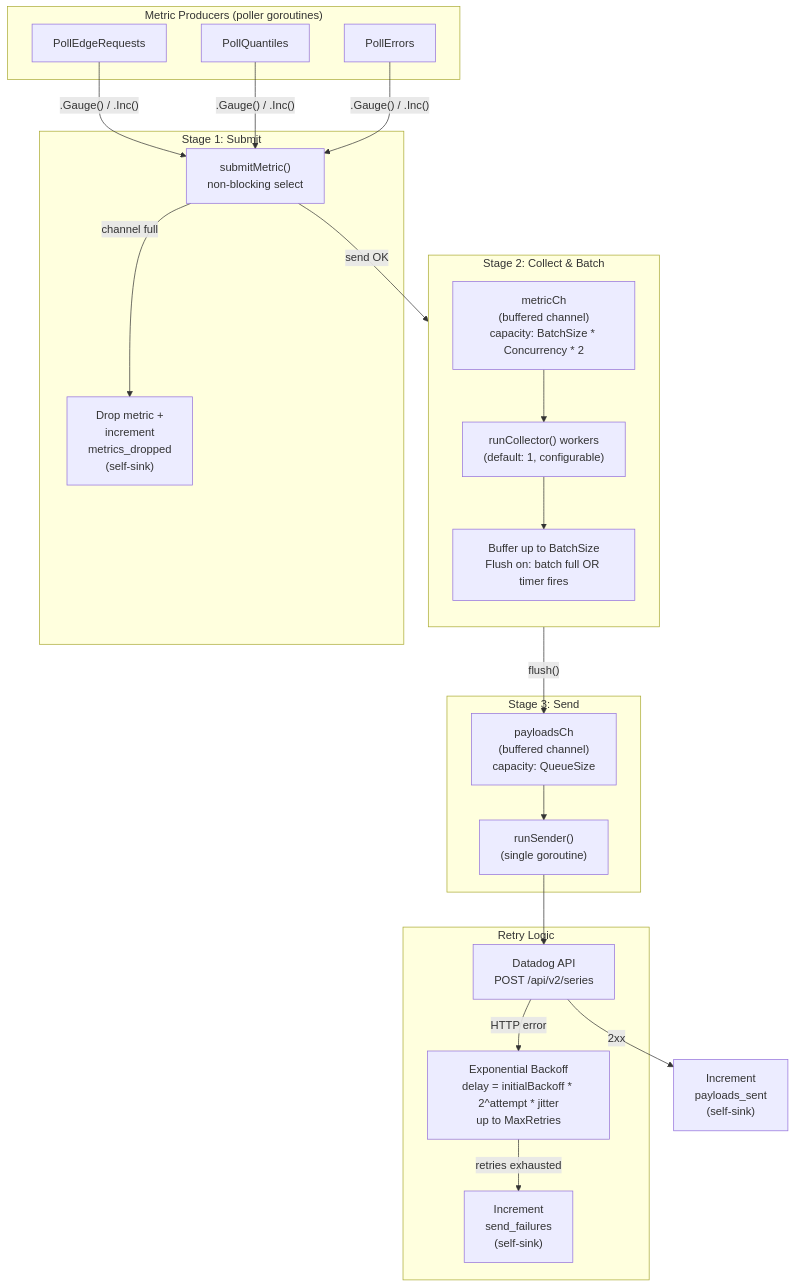
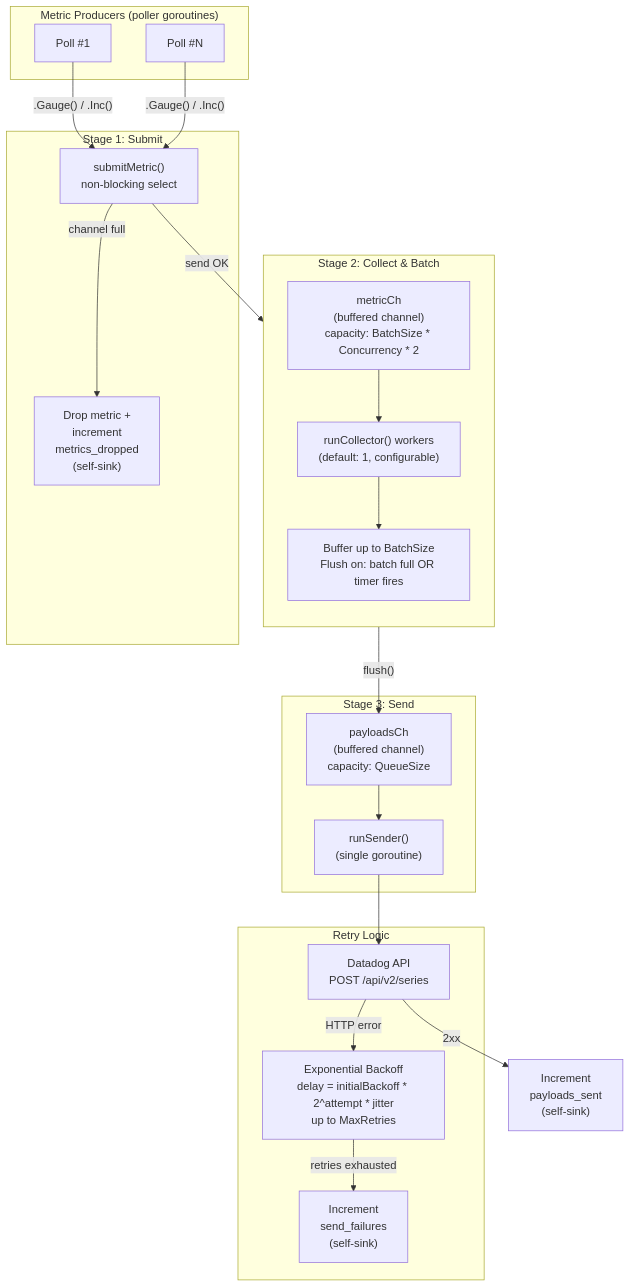
The third of 5 diagrams in ARCHITECTURE.md (mercereau/hydrolix-metrics-go), drawn with Mermaid before and after one commit. The commit also changed other lines of this file and 1 other file, not shown here.

````diff
--- a/ARCHITECTURE.md
+++ b/ARCHITECTURE.md
@@ -161,43 +158,42 @@
 ```mermaid
 flowchart TB
     subgraph Producers["Metric Producers (poller goroutines)"]
-        P1["PollEdgeRequests"]
-        P2["PollQuantiles"]
-        P3["PollErrors"]
+        P1["Poll #1"]
+        PN2["Poll #N"]
     end
 
     subgraph Stage1["Stage 1: Submit"]
         SUB["submitMetric()<br/>non-blocking select"]
         DROP["Drop metric +<br/>increment<br/>metrics_dropped<br/>(self-sink)"]
     end
 
     subgraph Stage2["Stage 2: Collect & Batch"]
         direction TB
         MCH["metricCh<br/>(buffered channel)<br/>capacity: BatchSize * Concurrency * 2"]
         COL["runCollector() workers<br/>(default: 1, configurable)"]
         BUF["Buffer up to BatchSize<br/>Flush on: batch full OR timer fires"]
     end
 
     subgraph Stage3["Stage 3: Send"]
         PCH["payloadsCh<br/>(buffered channel)<br/>capacity: QueueSize"]
         SND["runSender()<br/>(single goroutine)"]
     end
 
     subgraph Retry["Retry Logic"]
         DD["Datadog API<br/>POST /api/v2/series"]
         BACK["Exponential Backoff<br/>delay = initialBackoff * 2^attempt * jitter<br/>up to MaxRetries"]
         FAIL["Increment<br/>send_failures<br/>(self-sink)"]
     end
 
-    P1 & P2 & P3 -->|".Gauge() / .Inc()"| SUB
+    P1 & PN2 -->|".Gauge() / .Inc()"| SUB
     SUB -->|"channel full"| DROP
     SUB -->|"send OK"| MCH
     MCH --> COL
     COL --> BUF
     BUF -->|"flush()"| PCH
     PCH --> SND
     SND --> DD
     DD -->|"HTTP error"| BACK
     BACK -->|"retries exhausted"| FAIL
     DD -->|"2xx"| OK["Increment<br/>payloads_sent<br/>(self-sink)"]
 ```
````
